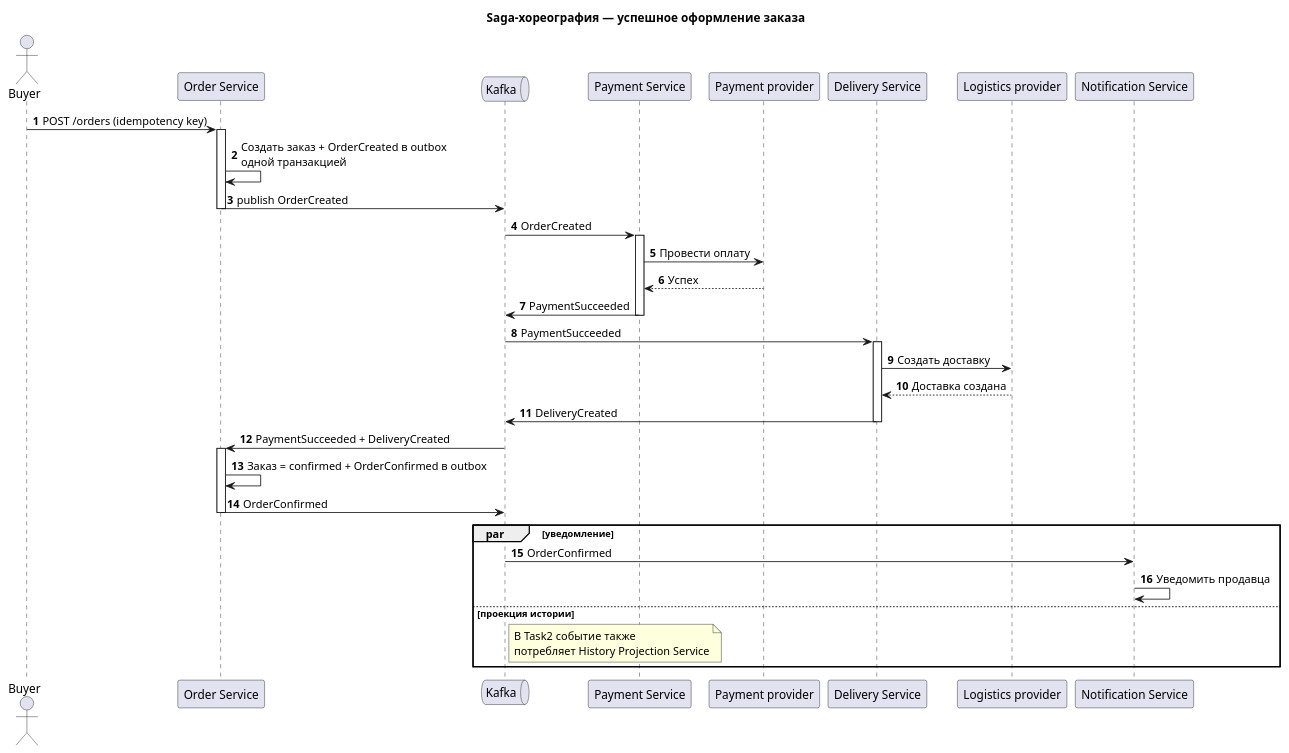
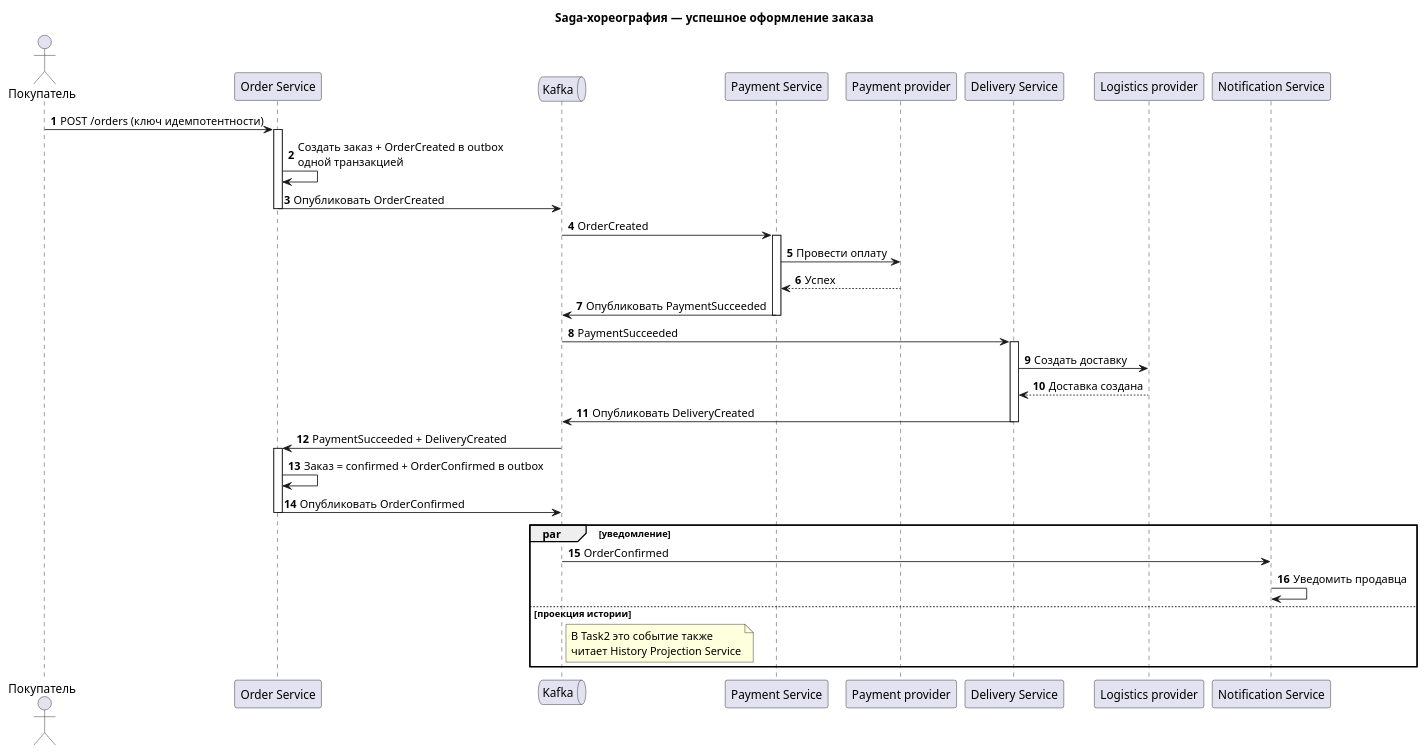
Before and after one commit to FFinn/MSA-3-NovaMarket-v1: the diagram in Task1/saga-success.puml, drawn with PlantUML. The commit also changed 14 other files, not shown here.

```diff
--- a/Task1/saga-success.puml
+++ b/Task1/saga-success.puml
@@ -1,41 +1,41 @@
 @startuml
 title Saga-хореография — успешное оформление заказа
 autonumber
-actor Buyer as B
+actor "Покупатель" as B
 participant "Order Service" as O
 queue Kafka as K
 participant "Payment Service" as P
 participant "Payment provider" as PP
 participant "Delivery Service" as D
 participant "Logistics provider" as LP
 participant "Notification Service" as N
 
-B -> O: POST /orders (idempotency key)
+B -> O: POST /orders (ключ идемпотентности)
 activate O
 O -> O: Создать заказ + OrderCreated в outbox\nодной транзакцией
-O -> K: publish OrderCreated
+O -> K: Опубликовать OrderCreated
 deactivate O
 K -> P: OrderCreated
 activate P
 P -> PP: Провести оплату
 PP --> P: Успех
-P -> K: PaymentSucceeded
+P -> K: Опубликовать PaymentSucceeded
 deactivate P
 K -> D: PaymentSucceeded
 activate D
 D -> LP: Создать доставку
 LP --> D: Доставка создана
-D -> K: DeliveryCreated
+D -> K: Опубликовать DeliveryCreated
 deactivate D
 K -> O: PaymentSucceeded + DeliveryCreated
 activate O
 O -> O: Заказ = confirmed + OrderConfirmed в outbox
-O -> K: OrderConfirmed
+O -> K: Опубликовать OrderConfirmed
 deactivate O
 par уведомление
  K -> N: OrderConfirmed
  N -> N: Уведомить продавца
 else проекция истории
- note right of K: В Task2 событие также\nпотребляет History Projection Service
+ note right of K: В Task2 это событие также\nчитает History Projection Service
 end
 @enduml
```
